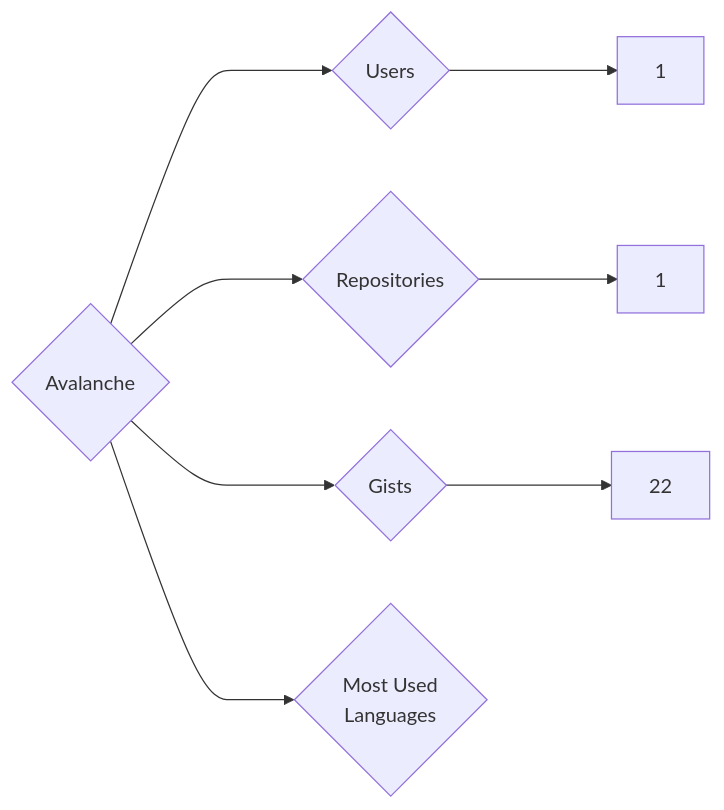
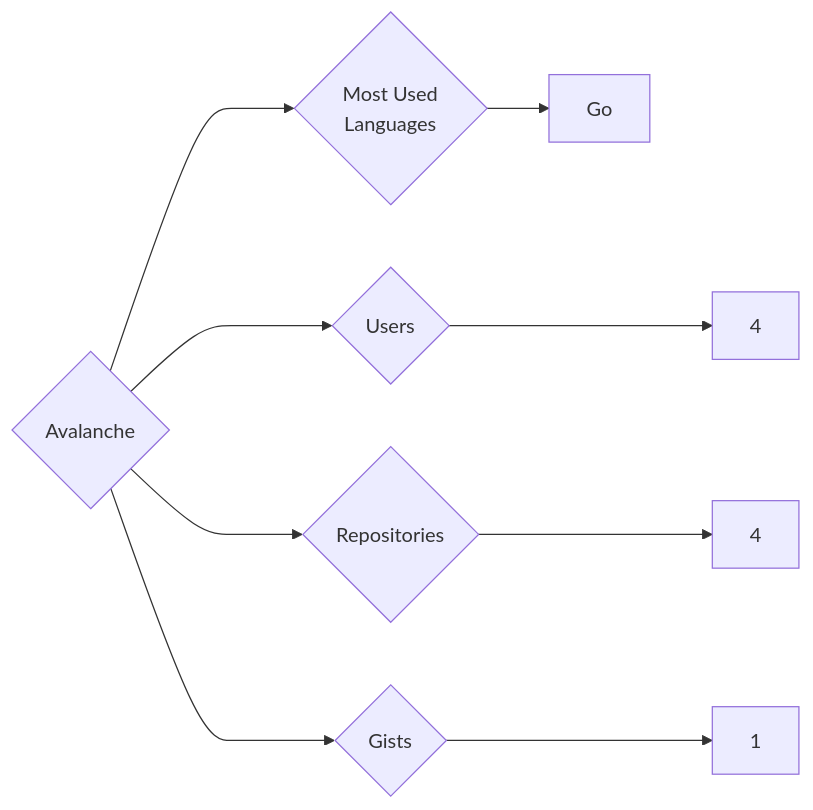
Before and after one commit to trickest/insiders: the diagram in targets/Avalanche/README.md, drawn with Mermaid. The commit also changed 859 other files, not shown here.

````diff
--- a/targets/Avalanche/README.md
+++ b/targets/Avalanche/README.md
@@ -3,8 +3,9 @@
 ```mermaid
 graph LR
 COMPANY_NAME{Avalanche}
-COMPANY_NAME ---> U{Users} ---> UN[1]
-COMPANY_NAME ---> R{Repositories} ---> RN[1]
-COMPANY_NAME ---> G{Gists} ---> GN[22]
+COMPANY_NAME ---> U{Users} ---> UN[4]
+COMPANY_NAME ---> R{Repositories} ---> RN[4]
+COMPANY_NAME ---> G{Gists} ---> GN[1]
 COMPANY_NAME ---> ML{Most Used<br>Languages}
+ML --> Go[Go]
 ```
````
